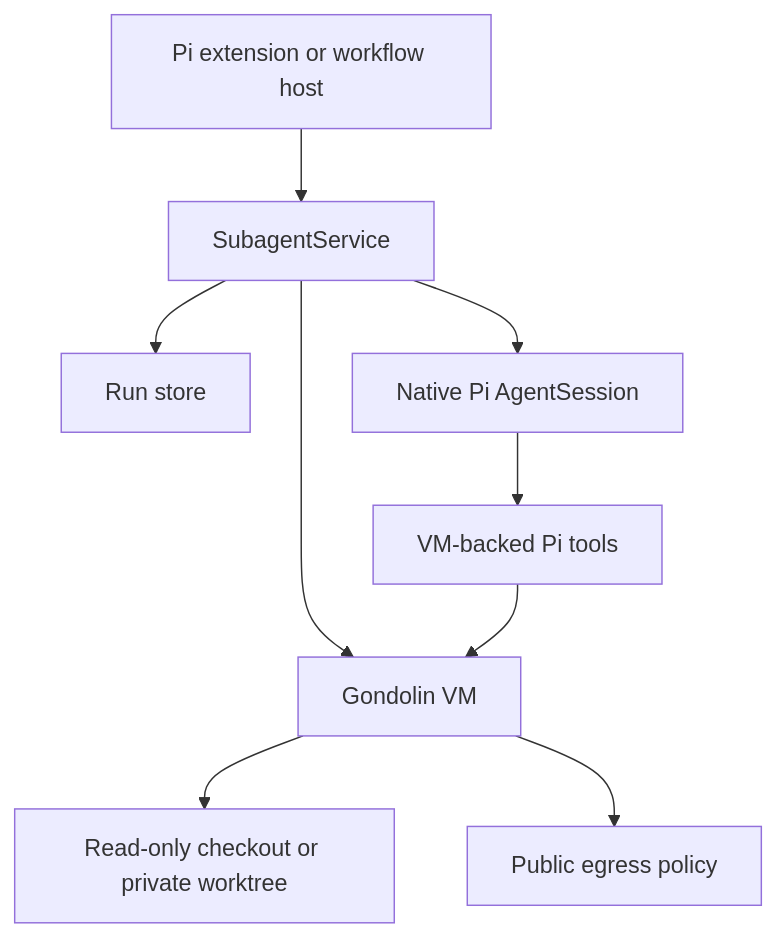
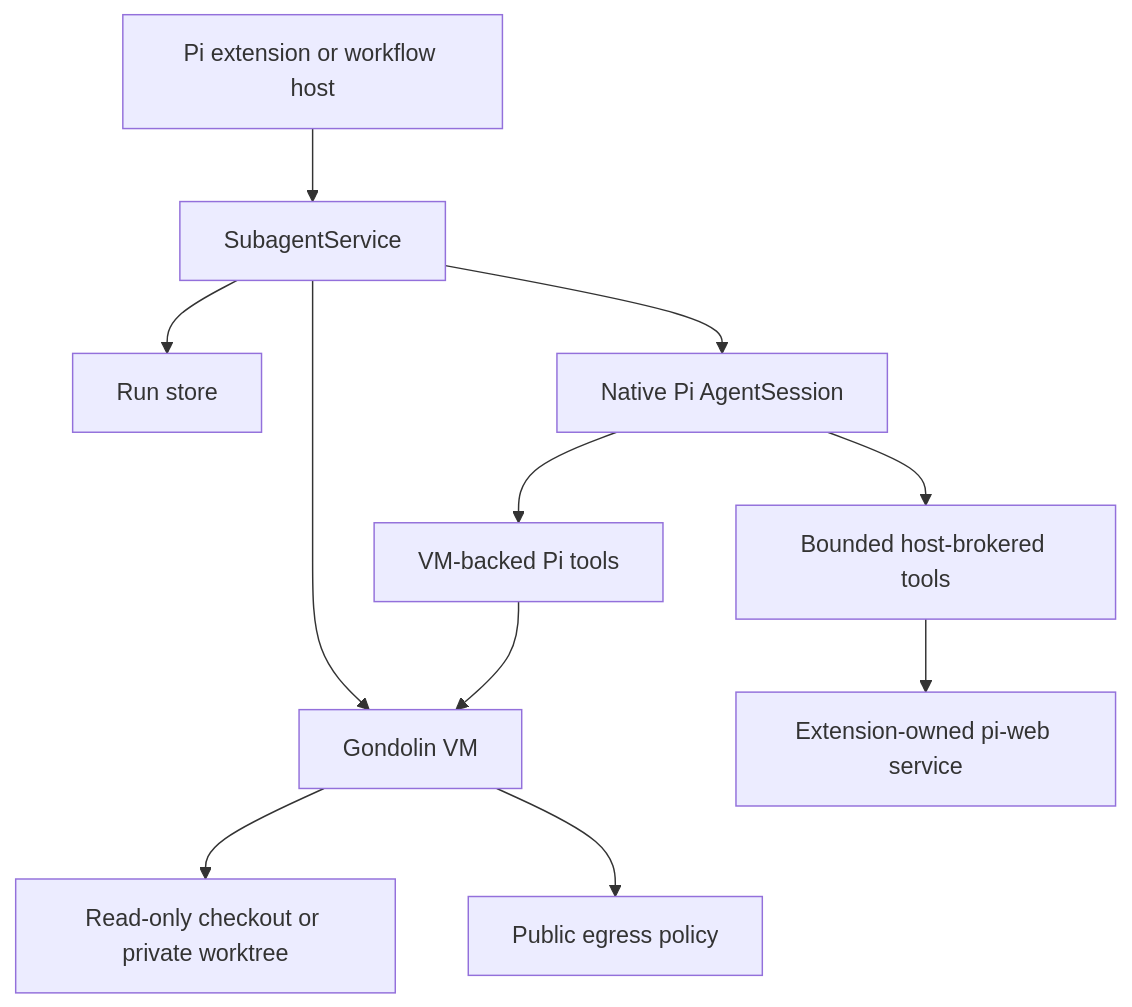
One commit to vegardx/pi-subagent changed the first of 2 diagrams in docs/architecture.md. Above: the diagram before and after it, drawn with Mermaid. The commit also changed other lines of this file and 21 other files, not shown here.

Commit message:
feat(runtime): broker web tools to subagents

````diff
--- a/docs/architecture.md
+++ b/docs/architecture.md
@@ -8,20 +8,24 @@
 ```mermaid
 graph TD
     Host[Pi extension or workflow host]
     Service[SubagentService]
     Store[Run store]
     Session[Native Pi AgentSession]
     Sandbox[Gondolin VM]
     Tools[VM-backed Pi tools]
+    HostTools[Bounded host-brokered tools]
+    Web[Extension-owned pi-web service]
     Workspace[Read-only checkout or private worktree]
     Network[Public egress policy]
 
     Host --> Service
     Service --> Store
     Service --> Session
     Service --> Sandbox
     Session --> Tools
+    Session --> HostTools
+    HostTools --> Web
     Tools --> Sandbox
     Sandbox --> Workspace
     Sandbox --> Network
 ```
````
